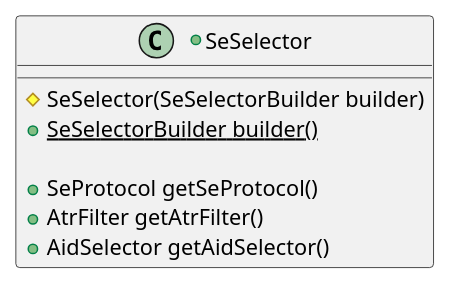
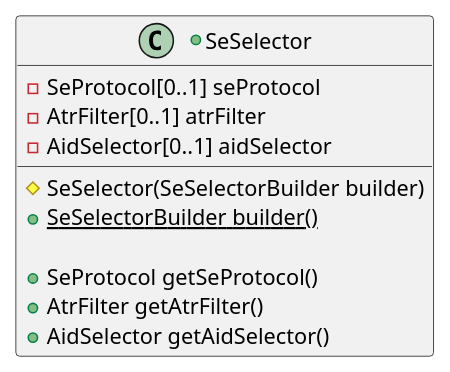
Diagram 44 of 53 in src/KeypleCoreApi/Application/puml/KeypleCore-ApplicationApi-ClassDiag-SE_Proxy-ClassElements.iuml (calypsonet/keyple), drawn with PlantUML before and after one commit. The commit also changed other lines of this file and 3 other files, not shown here.

```diff
--- a/src/KeypleCoreApi/Application/puml/KeypleCore-ApplicationApi-ClassDiag-SE_Proxy-ClassElements.iuml
+++ b/src/KeypleCoreApi/Application/puml/KeypleCore-ApplicationApi-ClassDiag-SE_Proxy-ClassElements.iuml
@@ -538,10 +538,13 @@
 @startuml(id=SEPROXY_SELECTOR_0_9_0)
 +class SeSelector {
+  -SeProtocol[0..1] seProtocol
+  -AtrFilter[0..1] atrFilter
+  -AidSelector[0..1] aidSelector
   #SeSelector(SeSelectorBuilder builder)
   +{static}SeSelectorBuilder builder()
 
   +SeProtocol getSeProtocol()
   +AtrFilter getAtrFilter()
   +AidSelector getAidSelector()
 }
 @enduml
```
